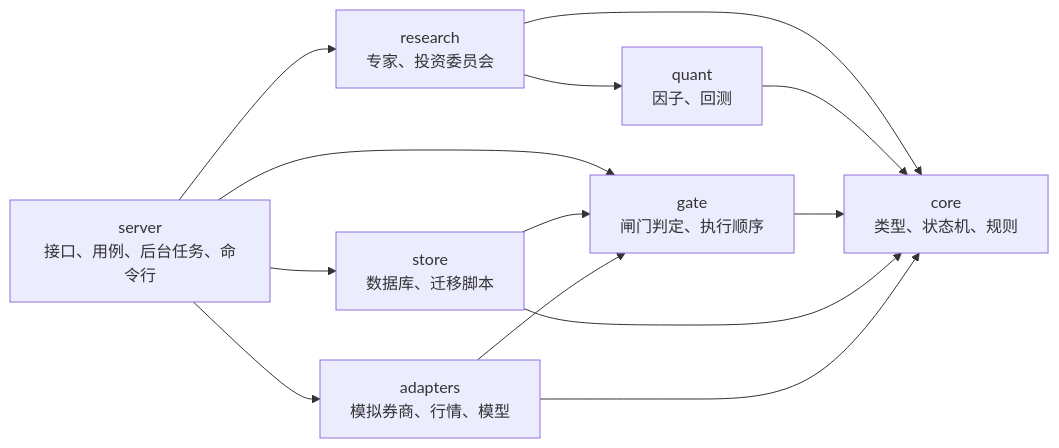
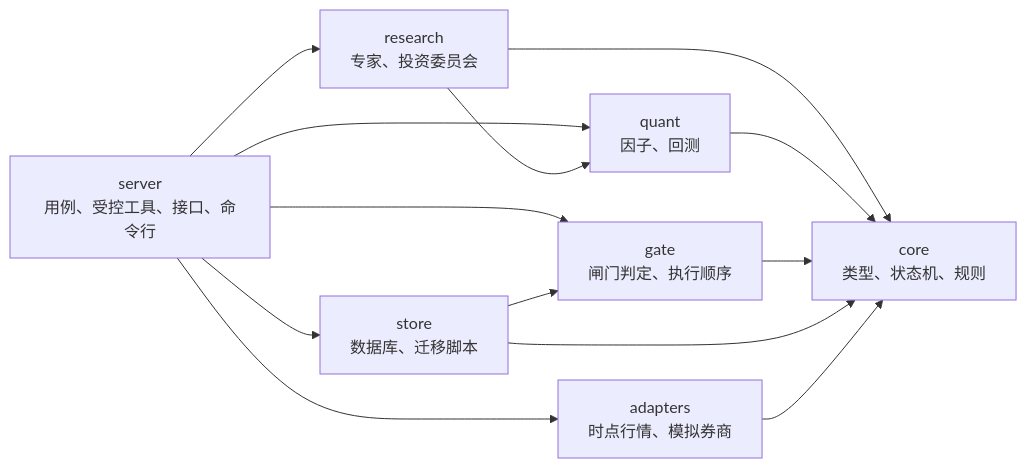
The first of 2 diagrams in docs/rust-architecture.md (Ju1se/AI-trader), drawn with Mermaid before and after one commit. The commit also changed other lines of this file and 45 other files, not shown here.

````diff
--- a/docs/rust-architecture.md
+++ b/docs/rust-architecture.md
@@ -23,22 +21,22 @@
 ```mermaid
 flowchart LR
-  server["server<br/>接口、用例、后台任务、命令行"]
+  server["server<br/>用例、受控工具、接口、命令行"]
   research["research<br/>专家、投资委员会"]
   quant["quant<br/>因子、回测"]
   gate["gate<br/>闸门判定、执行顺序"]
   store["store<br/>数据库、迁移脚本"]
-  adapters["adapters<br/>模拟券商、行情、模型"]
+  adapters["adapters<br/>时点行情、模拟券商"]
   core["core<br/>类型、状态机、规则"]
   server --> research
+  server --> quant
   server --> store
   server --> adapters
   server --> gate
   research --> quant
   research --> core
   quant --> core
   store --> gate
-  adapters --> gate
   gate --> core
   store --> core
   adapters --> core
 ```
````
